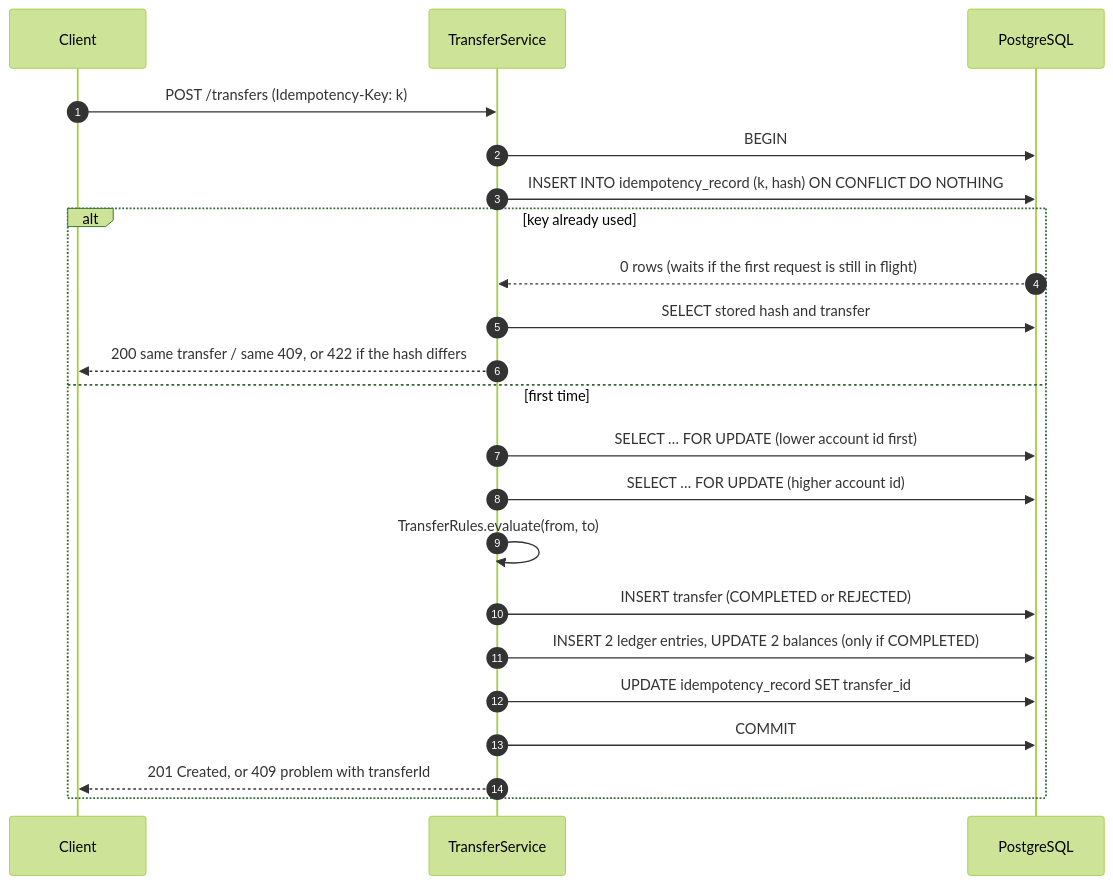
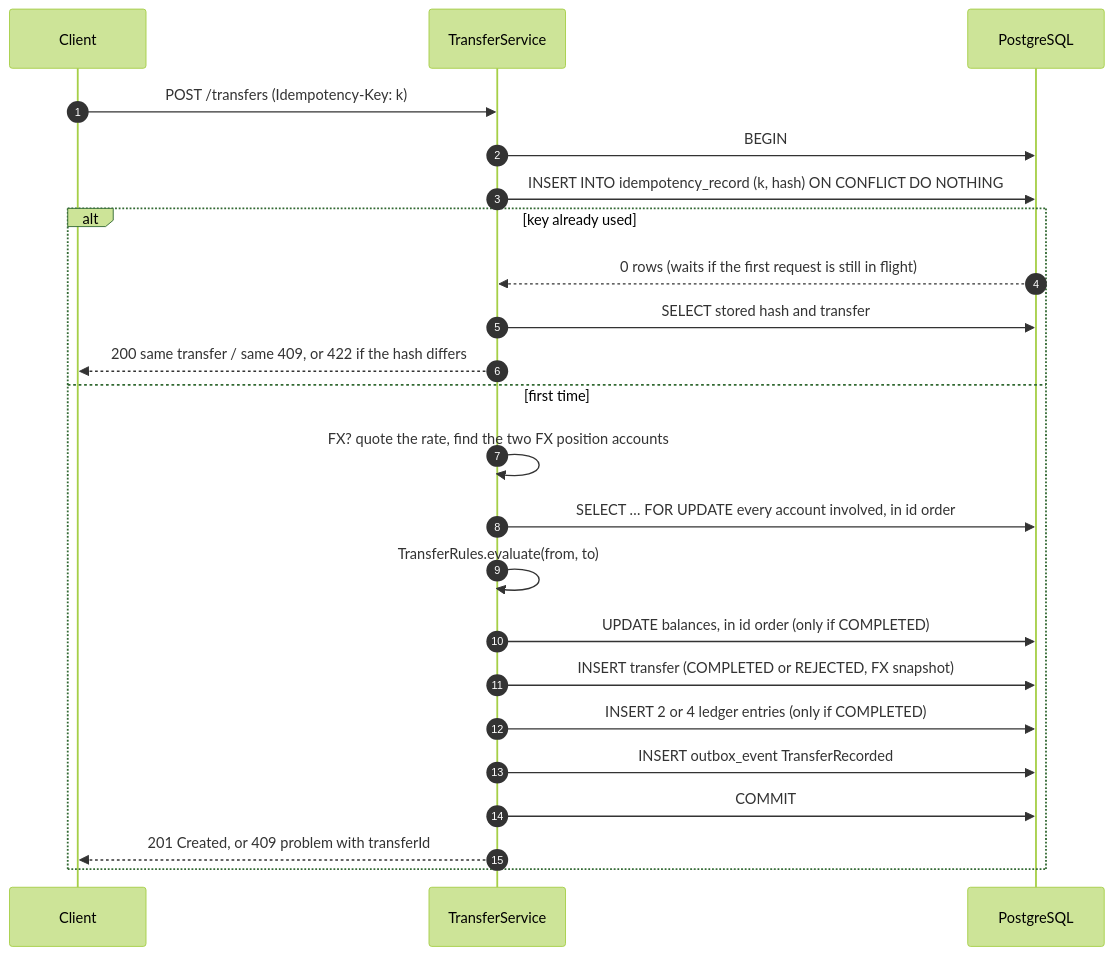
One commit to ilia-muravev-dev/ledger changed the second of 2 diagrams in README.md. Above: the diagram before and after it, drawn with Mermaid (forest theme). The commit also changed other lines of this file, not shown here.

````diff
--- a/README.md
+++ b/README.md
@@ -169,25 +244,26 @@
 ```mermaid
 sequenceDiagram
     autonumber
     participant C as Client
     participant S as TransferService
     participant DB as PostgreSQL
 
     C->>S: POST /transfers (Idempotency-Key: k)
     S->>DB: BEGIN
     S->>DB: INSERT INTO idempotency_record (k, hash) ON CONFLICT DO NOTHING
     alt key already used
         DB-->>S: 0 rows (waits if the first request is still in flight)
         S->>DB: SELECT stored hash and transfer
         S-->>C: 200 same transfer / same 409, or 422 if the hash differs
     else first time
-        S->>DB: SELECT … FOR UPDATE  (lower account id first)
-        S->>DB: SELECT … FOR UPDATE  (higher account id)
+        S->>S: FX? quote the rate, find the two FX position accounts
+        S->>DB: SELECT … FOR UPDATE every account involved, in id order
         S->>S: TransferRules.evaluate(from, to)
-        S->>DB: INSERT transfer (COMPLETED or REJECTED)
-        S->>DB: INSERT 2 ledger entries, UPDATE 2 balances (only if COMPLETED)
-        S->>DB: UPDATE idempotency_record SET transfer_id
+        S->>DB: UPDATE balances, in id order (only if COMPLETED)
+        S->>DB: INSERT transfer (COMPLETED or REJECTED, FX snapshot)
+        S->>DB: INSERT 2 or 4 ledger entries (only if COMPLETED)
+        S->>DB: INSERT outbox_event TransferRecorded
         S->>DB: COMMIT
         S-->>C: 201 Created, or 409 problem with transferId
     end
 ```
````
